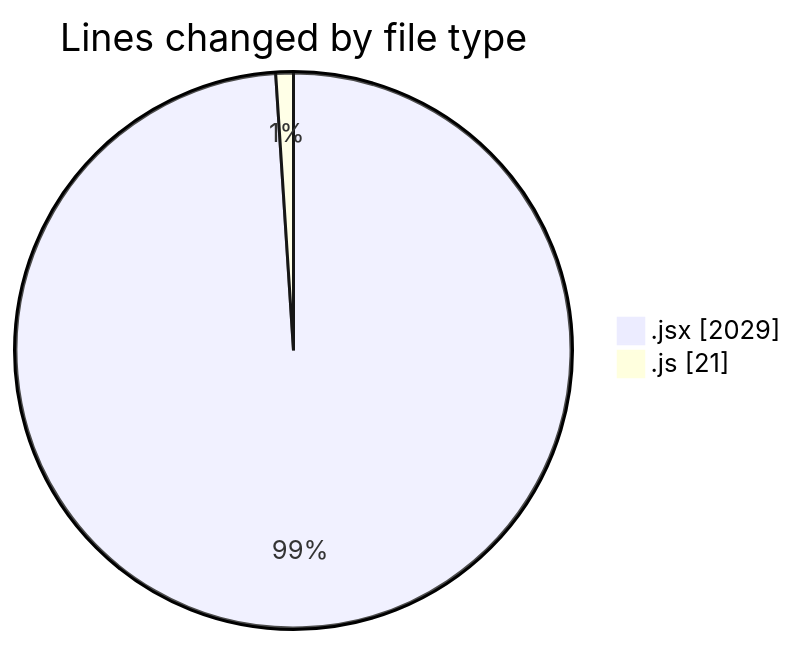
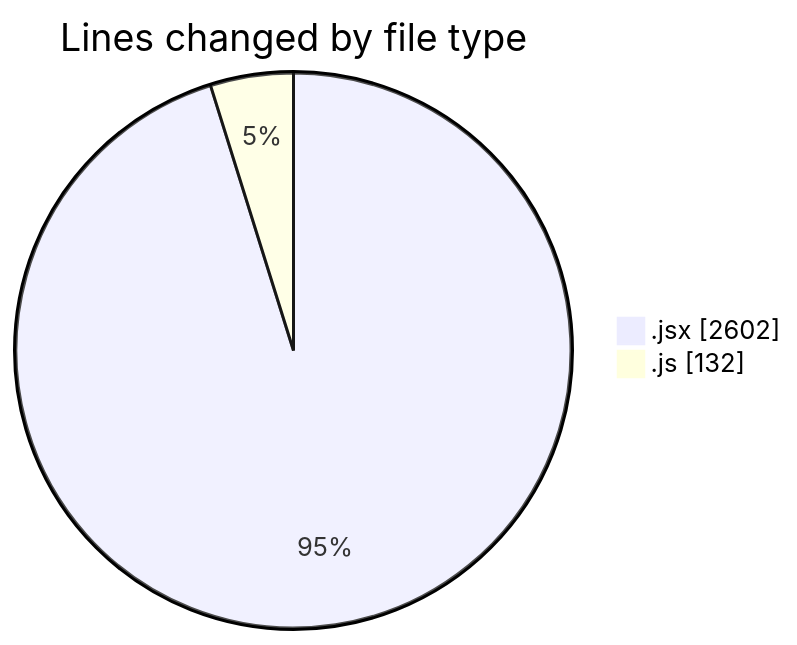
Before and after one commit to nxtqubesakshisongat/code-tracking: the first of 2 diagrams in 2025-08-03/nxtqube_webapp/README.md, drawn with Mermaid. The commit also changed other lines of this file and 1 other file, not shown here.

````diff
--- a/2025-08-03/nxtqube_webapp/README.md
+++ b/2025-08-03/nxtqube_webapp/README.md
@@ -24,6 +26,6 @@
 ```mermaid
 pie showData
 title Lines changed by file type
-".jsx" : 2029
-".js" : 21
+".jsx" : 2602
+".js" : 132
 ```
````
